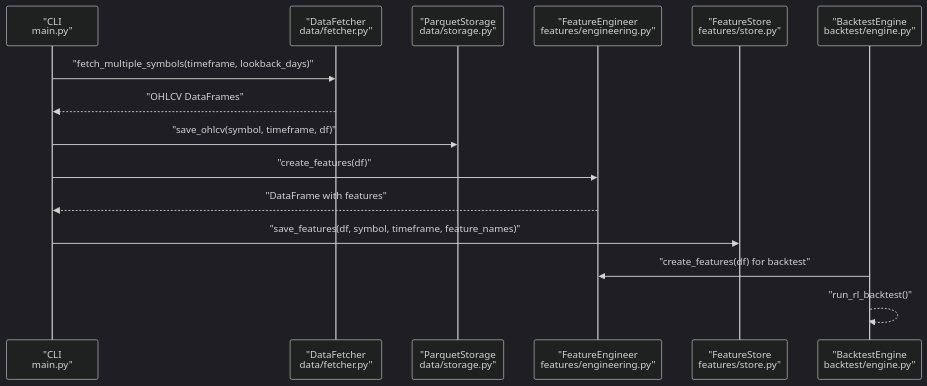
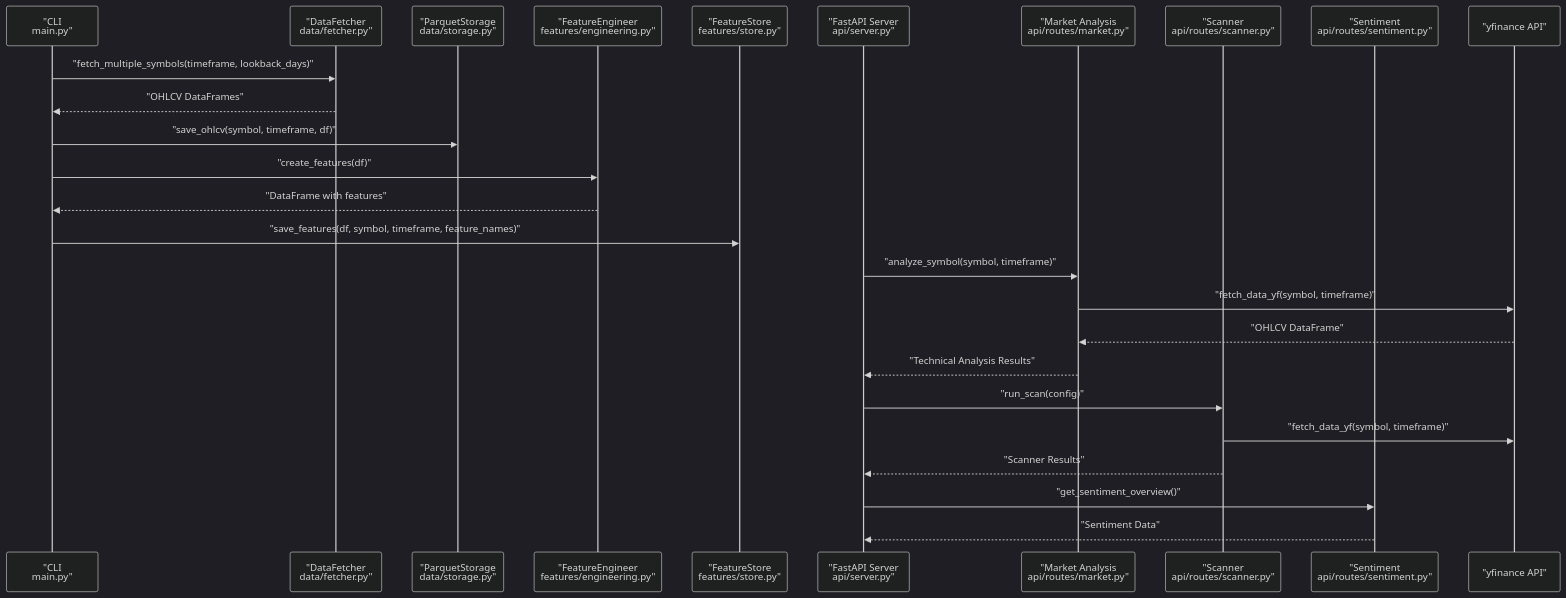
Before and after one commit to cavraeg-eng/Trading-App: the second of 14 diagrams in .qoder/repowiki/en/content/Data Management/Data Management.md, drawn with Mermaid (dark theme). The commit also changed other lines of this file and 50 other files, not shown here.

````diff
--- a/.qoder/repowiki/en/content/Data Management/Data Management.md
+++ b/.qoder/repowiki/en/content/Data Management/Data Management.md
@@ -96,17 +123,28 @@
 ```mermaid
 sequenceDiagram
 participant CLI as "CLI<br/>main.py"
 participant DF as "DataFetcher<br/>data/fetcher.py"
 participant PS as "ParquetStorage<br/>data/storage.py"
 participant FE as "FeatureEngineer<br/>features/engineering.py"
 participant FS as "FeatureStore<br/>features/store.py"
-participant BT as "BacktestEngine<br/>backtest/engine.py"
+participant API as "FastAPI Server<br/>api/server.py"
+participant MARKET as "Market Analysis<br/>api/routes/market.py"
+participant SCANNER as "Scanner<br/>api/routes/scanner.py"
+participant SENTIMENT as "Sentiment<br/>api/routes/sentiment.py"
+participant YF as "yfinance API"
 CLI->>DF : "fetch_multiple_symbols(timeframe, lookback_days)"
 DF-->>CLI : "OHLCV DataFrames"
 CLI->>PS : "save_ohlcv(symbol, timeframe, df)"
 CLI->>FE : "create_features(df)"
 FE-->>CLI : "DataFrame with features"
 CLI->>FS : "save_features(df, symbol, timeframe, feature_names)"
-BT->>FE : "create_features(df) for backtest"
-BT-->>BT : "run_rl_backtest()"
+API->>MARKET : "analyze_symbol(symbol, timeframe)"
+MARKET->>YF : "fetch_data_yf(symbol, timeframe)"
+YF-->>MARKET : "OHLCV DataFrame"
+MARKET-->>API : "Technical Analysis Results"
+API->>SCANNER : "run_scan(config)"
+SCANNER->>YF : "fetch_data_yf(symbol, timeframe)"
+SCANNER-->>API : "Scanner Results"
+API->>SENTIMENT : "get_sentiment_overview()"
+SENTIMENT-->>API : "Sentiment Data"
 ```
````
